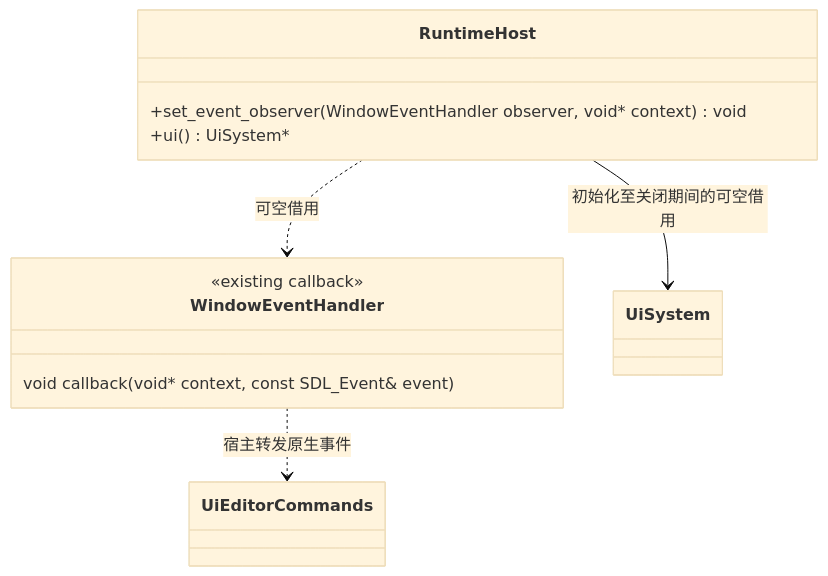
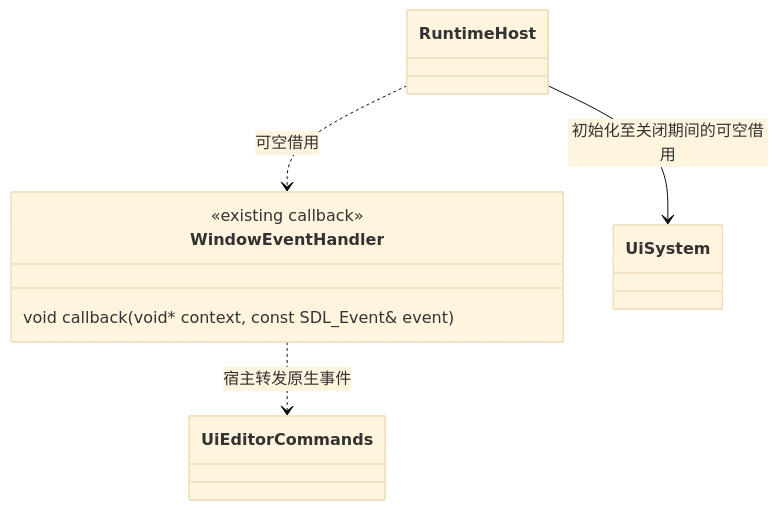
Before and after one commit to lcals/Engine: the fifth of 7 diagrams in docs/plugins/editor/class-diagrams/ui-editor.md, drawn with Mermaid (base theme). The commit also changed other lines of this file and 222 other files, not shown here.

Commit message:
Consolidate editor asset imports and align architecture documentation

````diff
--- a/docs/plugins/editor/class-diagrams/ui-editor.md
+++ b/docs/plugins/editor/class-diagrams/ui-editor.md
@@ -138,16 +115,13 @@
 ```mermaid
 classDiagram
-    class RuntimeHost {
-        +set_event_observer(WindowEventHandler observer, void* context) void
-        +ui() UiSystem#42;
-    }
+    class RuntimeHost
     class WindowEventHandler {
         <<existing callback>>
         void callback(void* context, const SDL_Event& event)
     }
     class UiEditorCommands
     class UiSystem
     RuntimeHost --> UiSystem : 初始化至关闭期间的可空借用
     RuntimeHost ..> WindowEventHandler : 可空借用
     WindowEventHandler ..> UiEditorCommands : 宿主转发原生事件
 ```
````
